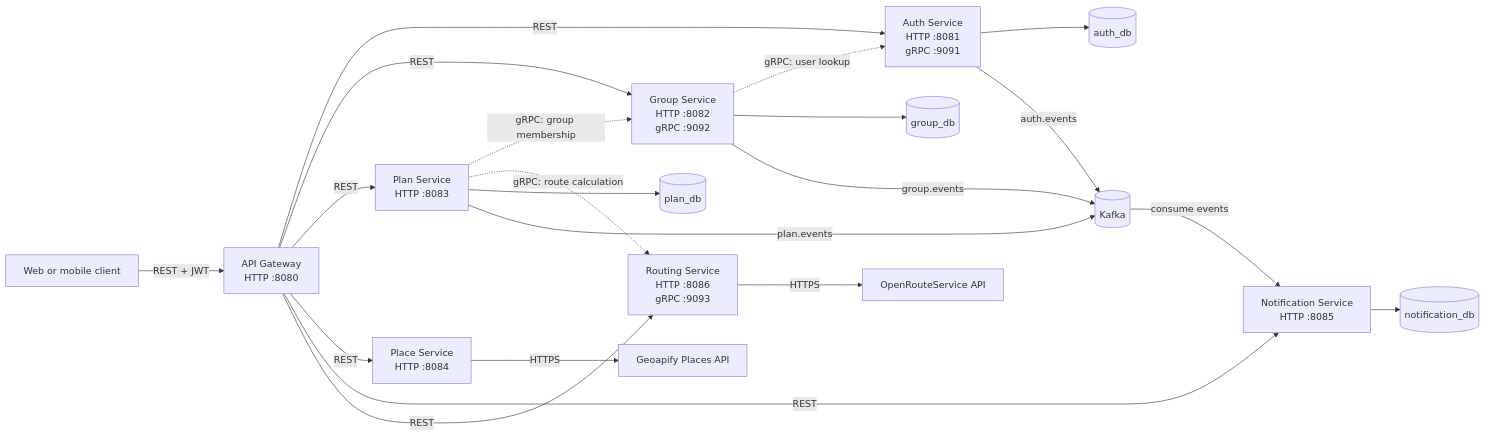
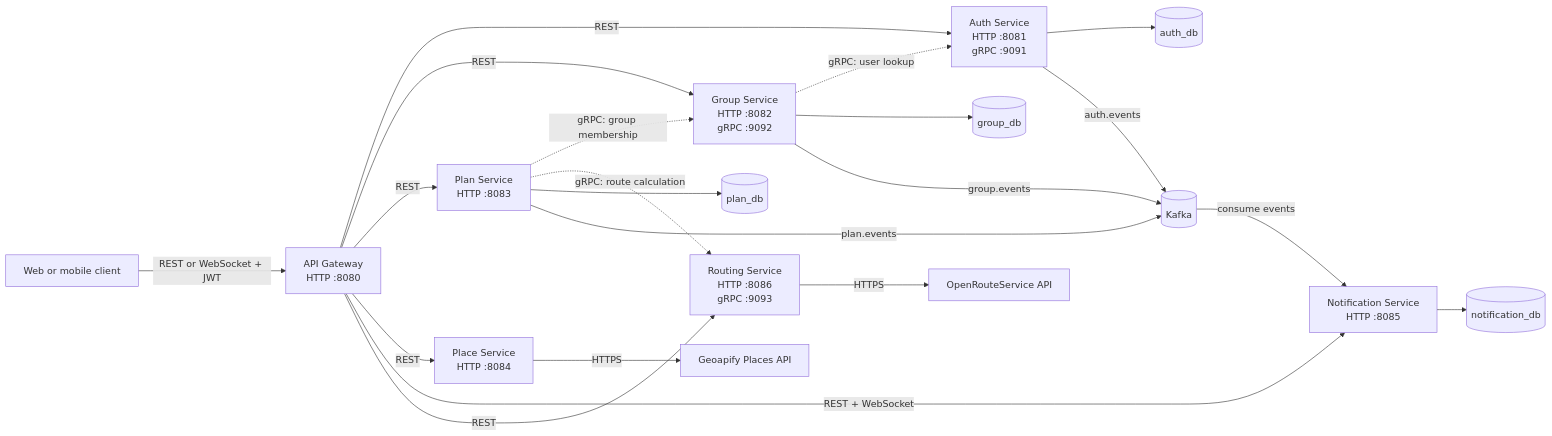
Before and after one commit to julynguyen247/starlyvia: the first of 2 diagrams in README.md, drawn with Mermaid. The commit also changed other lines of this file and 15 other files, not shown here.

````diff
--- a/README.md
+++ b/README.md
@@ -21,44 +21,44 @@
 ```mermaid
 flowchart LR
     Client[Web or mobile client]
     Gateway[API Gateway<br/>HTTP :8080]
 
     Auth[Auth Service<br/>HTTP :8081<br/>gRPC :9091]
     Group[Group Service<br/>HTTP :8082<br/>gRPC :9092]
     Plan[Plan Service<br/>HTTP :8083]
     Place[Place Service<br/>HTTP :8084]
     Notification[Notification Service<br/>HTTP :8085]
     Routing[Routing Service<br/>HTTP :8086<br/>gRPC :9093]
 
     AuthDB[(auth_db)]
     GroupDB[(group_db)]
     PlanDB[(plan_db)]
     NotificationDB[(notification_db)]
     Kafka[(Kafka)]
     Geoapify[Geoapify Places API]
     ORS[OpenRouteService API]
 
-    Client -->|REST + JWT| Gateway
+    Client -->|REST or WebSocket + JWT| Gateway
     Gateway -->|REST| Auth
     Gateway -->|REST| Group
     Gateway -->|REST| Plan
     Gateway -->|REST| Place
-    Gateway -->|REST| Notification
+    Gateway -->|REST + WebSocket| Notification
     Gateway -->|REST| Routing
 
     Group -.->|gRPC: user lookup| Auth
     Plan -.->|gRPC: group membership| Group
     Plan -.->|gRPC: route calculation| Routing
 
     Auth --> AuthDB
     Group --> GroupDB
     Plan --> PlanDB
     Notification --> NotificationDB
     Place -->|HTTPS| Geoapify
     Routing -->|HTTPS| ORS
 
     Auth -->|auth.events| Kafka
     Group -->|group.events| Kafka
     Plan -->|plan.events| Kafka
     Kafka -->|consume events| Notification
 ```
````
